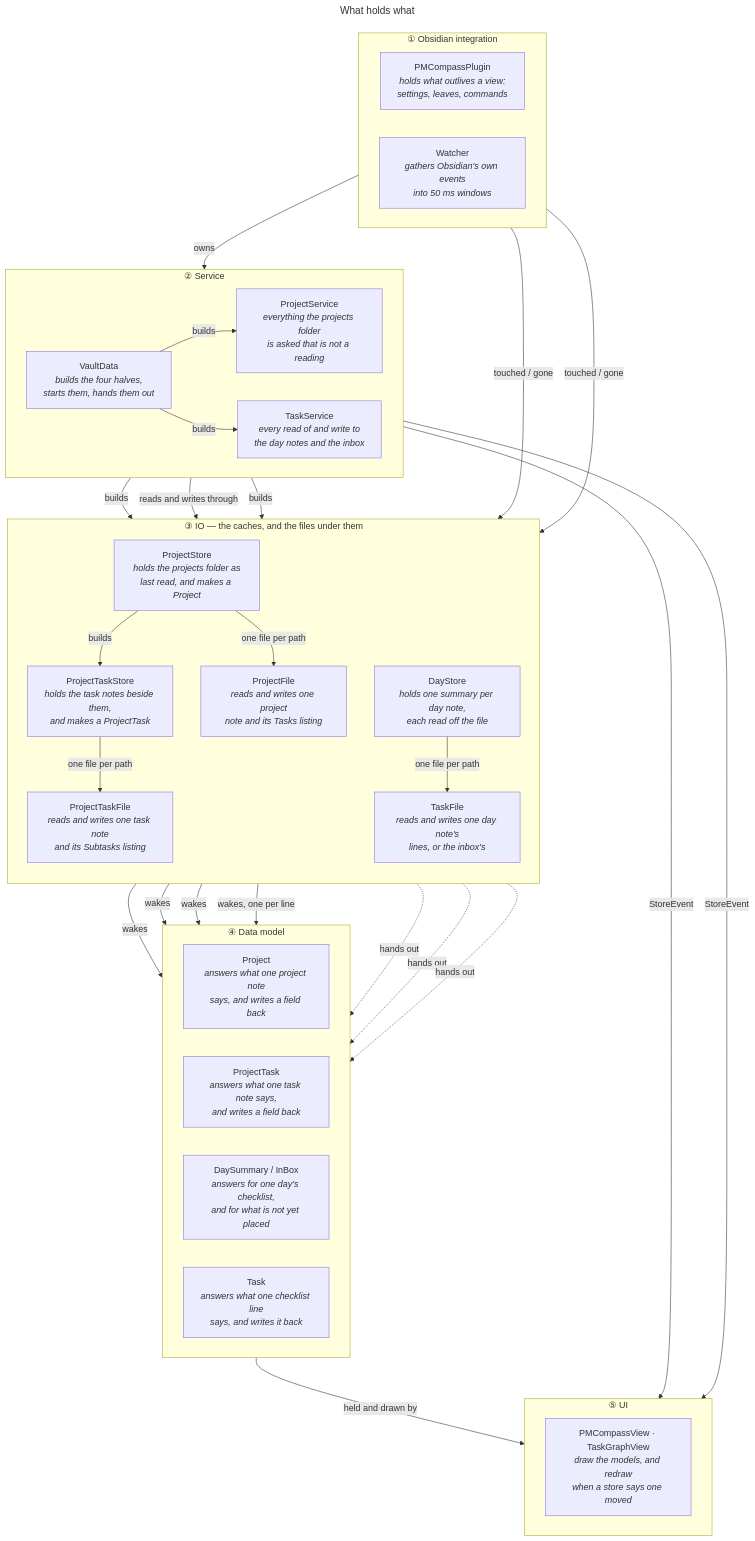
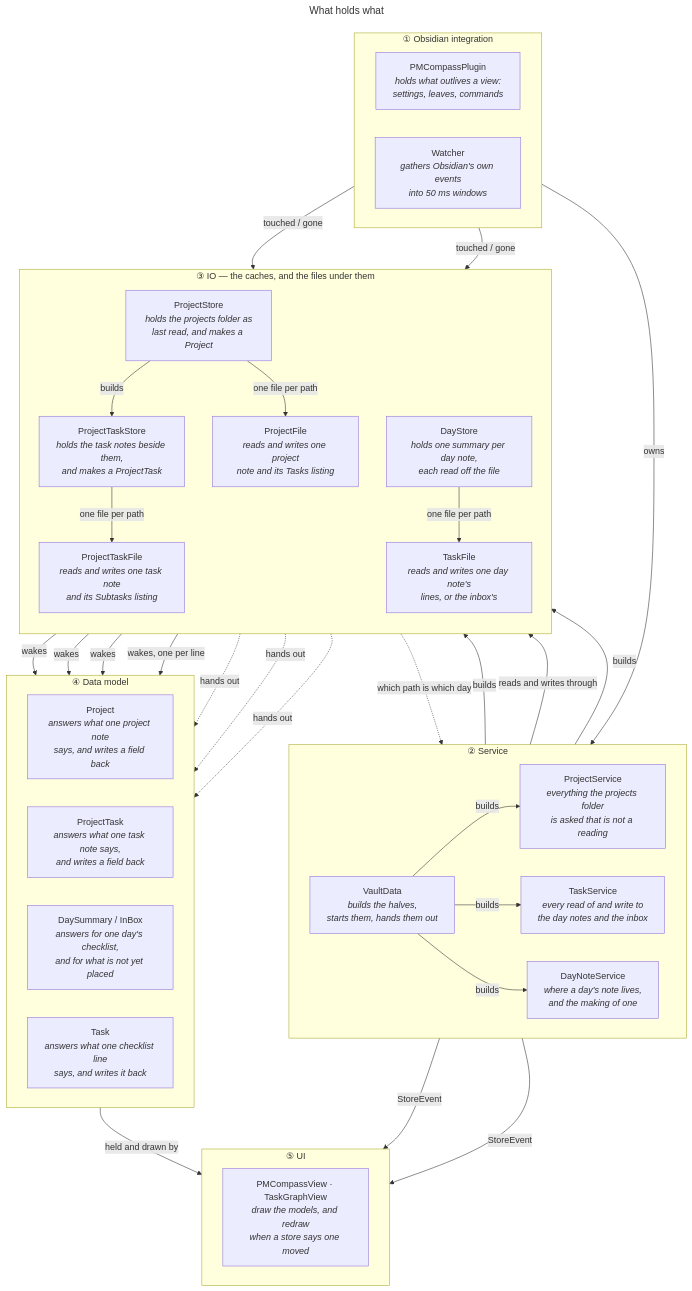
Before and after one commit to Laurent-Ferier/pm-compass: the diagram in docs/technical/diagrams/overview.mmd, drawn with Mermaid. The commit also changed 29 other files, not shown here.

First line of the commit message:
refactor: where a day's note lives is the vault's to say

```diff
--- a/docs/technical/diagrams/overview.mmd
+++ b/docs/technical/diagrams/overview.mmd
@@ -1,66 +1,69 @@
 ---
 title: What holds what
 ---
 graph TB
   subgraph obsidian["① Obsidian integration"]
     direction LR
     Plugin["PMCompassPlugin<br/><i>holds what outlives a view:<br/>settings, leaves, commands</i>"]
     Watcher["Watcher<br/><i>gathers Obsidian's own events<br/>into 50 ms windows</i>"]
   end
 
   subgraph service["② Service"]
     direction LR
-    Vault["VaultData<br/><i>builds the four halves,<br/>starts them, hands them out</i>"]
+    Vault["VaultData<br/><i>builds the halves,<br/>starts them, hands them out</i>"]
     Tasks["TaskService<br/><i>every read of and write to<br/>the day notes and the inbox</i>"]
     Projects["ProjectService<br/><i>everything the projects folder<br/>is asked that is not a reading</i>"]
+    DayNotes["DayNoteService<br/><i>where a day's note lives,<br/>and the making of one</i>"]
   end
 
   subgraph io["③ IO — the caches, and the files under them"]
     direction TB
     ProjectStore["ProjectStore<br/><i>holds the projects folder as<br/>last read, and makes a Project</i>"]
     ProjectTaskStore["ProjectTaskStore<br/><i>holds the task notes beside them,<br/>and makes a ProjectTask</i>"]
     Days["DayStore<br/><i>holds one summary per day note,<br/>each read off the file</i>"]
     ProjectFile["ProjectFile<br/><i>reads and writes one project<br/>note and its Tasks listing</i>"]
     ProjectTaskFile["ProjectTaskFile<br/><i>reads and writes one task note<br/>and its Subtasks listing</i>"]
     TaskFile["TaskFile<br/><i>reads and writes one day note's<br/>lines, or the inbox's</i>"]
   end
 
   subgraph models["④ Data model"]
     direction LR
     Project["Project<br/><i>answers what one project note<br/>says, and writes a field back</i>"]
     ProjectTask["ProjectTask<br/><i>answers what one task note says,<br/>and writes a field back</i>"]
     DaySummary["DaySummary / InBox<br/><i>answers for one day's checklist,<br/>and for what is not yet placed</i>"]
     Task["Task<br/><i>answers what one checklist line<br/>says, and writes it back</i>"]
   end
 
   subgraph ui["⑤ UI"]
     direction LR
     Views["PMCompassView · TaskGraphView<br/><i>draw the models, and redraw<br/>when a store says one moved</i>"]
   end
 
   Plugin -->|owns| Vault
   Watcher -->|touched / gone| ProjectStore
   Watcher -->|touched / gone| Days
 
   Vault -->|builds| ProjectStore
   Vault -->|builds| Projects
   Vault -->|builds| Tasks
+  Vault -->|builds| DayNotes
   Projects -->|reads and writes through| ProjectStore
   ProjectStore -->|builds| ProjectTaskStore
   Tasks -->|builds| Days
+  Days -.->|which path is which day| DayNotes
   ProjectStore -->|one file per path| ProjectFile
   ProjectTaskStore -->|one file per path| ProjectTaskFile
   Days -->|one file per path| TaskFile
 
   ProjectFile -->|wakes| Project
   ProjectTaskFile -->|wakes| ProjectTask
   TaskFile -->|wakes| DaySummary
   TaskFile -->|wakes, one per line| Task
 
   ProjectStore -.->|hands out| Project
   ProjectTaskStore -.->|hands out| ProjectTask
   Days -.->|hands out| DaySummary
 
   models -->|held and drawn by| Views
   Projects -->|StoreEvent| Views
   Tasks -->|StoreEvent| Views
```
